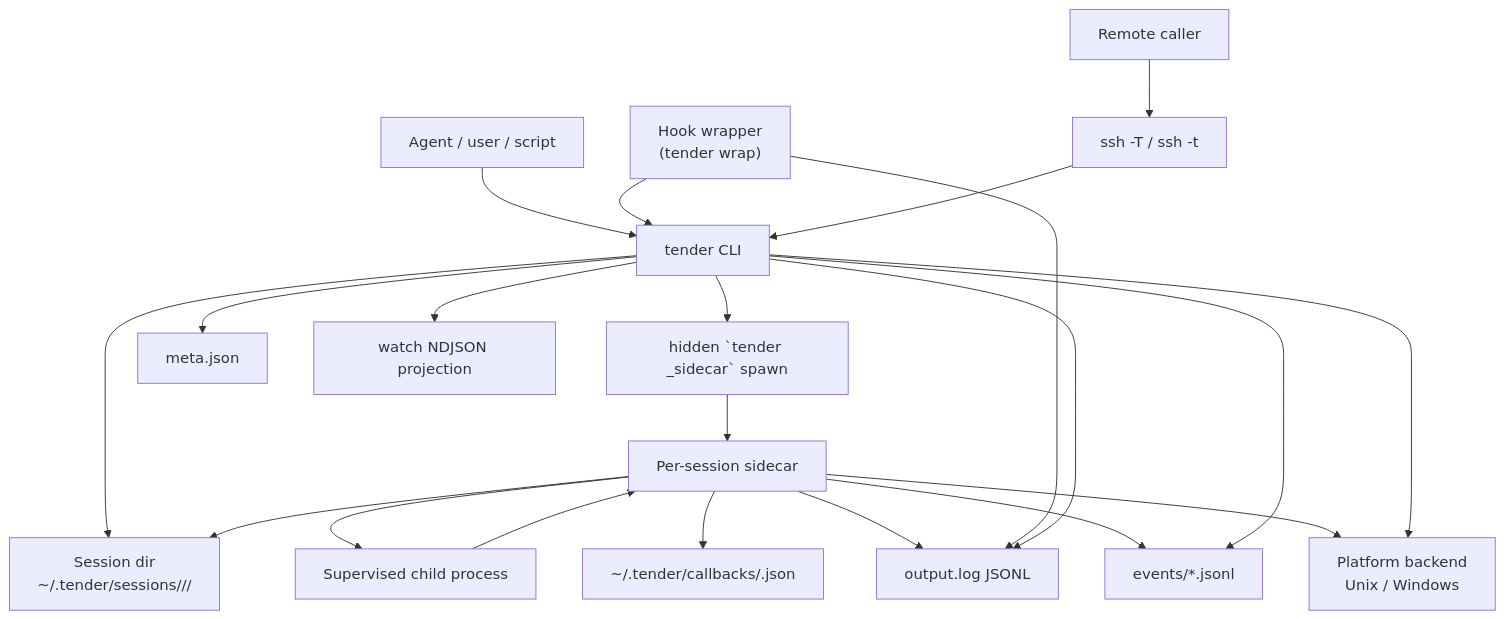
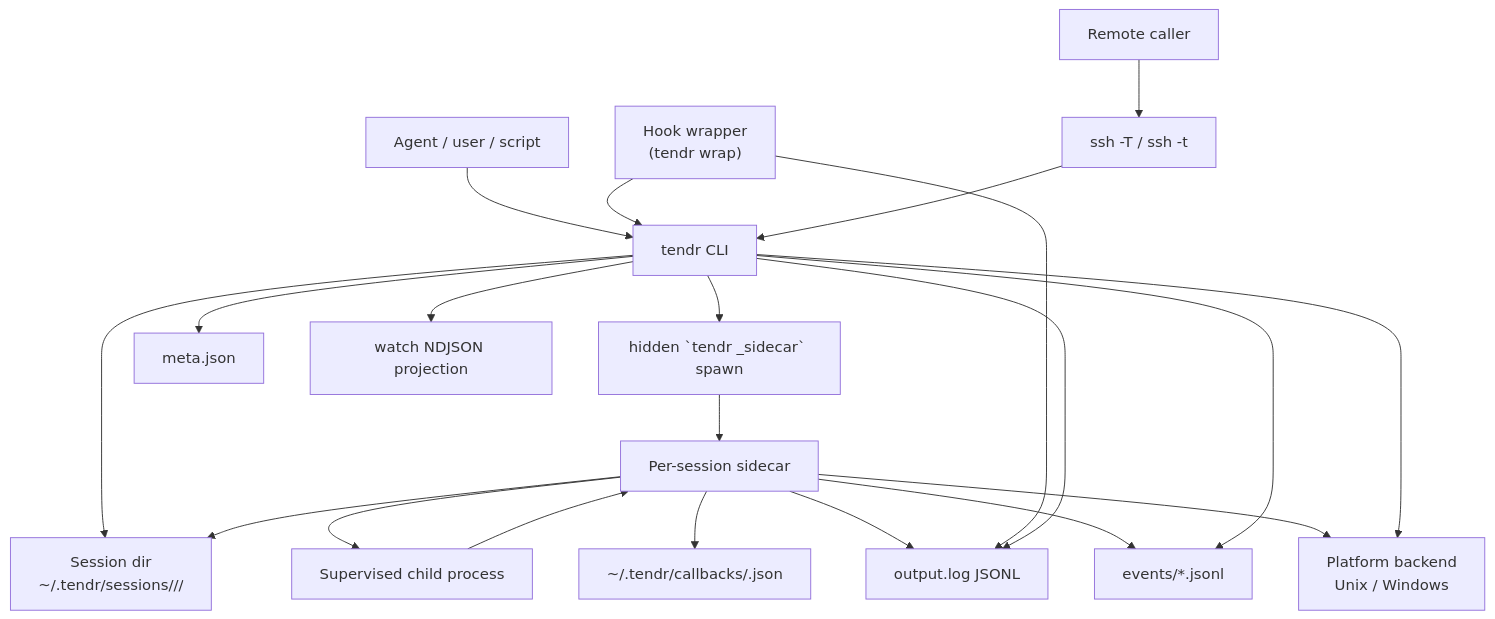
The diagram in docs/architecture/01-system-context.md (grumpydevorg/agenttender), drawn with Mermaid before and after one commit. The commit also changed other lines of this file and 126 other files, not shown here.

First line of the commit message:
refactor!: rename tender to tendr

````diff
--- a/docs/architecture/01-system-context.md
+++ b/docs/architecture/01-system-context.md
@@ -8,28 +8,28 @@
 ```mermaid
 flowchart TD
-    Agent["Agent / user / script"] --> CLI["tender CLI"]
-    Hook["Hook wrapper\n(tender wrap)"] --> CLI
+    Agent["Agent / user / script"] --> CLI["tendr CLI"]
+    Hook["Hook wrapper\n(tendr wrap)"] --> CLI
     Remote["Remote caller"] --> SSH["ssh -T / ssh -t"]
     SSH --> CLI
 
-    CLI --> SessionDir["Session dir\n~/.tender/sessions/<ns>/<session>/"]
-    CLI --> SidecarCmd["hidden `tender _sidecar` spawn"]
+    CLI --> SessionDir["Session dir\n~/.tendr/sessions/<ns>/<session>/"]
+    CLI --> SidecarCmd["hidden `tendr _sidecar` spawn"]
     SidecarCmd --> Sidecar["Per-session sidecar"]
 
     Sidecar --> Child["Supervised child process"]
     Sidecar --> SessionDir
-    Sidecar --> Callbacks["~/.tender/callbacks/<run_id>.json"]
+    Sidecar --> Callbacks["~/.tendr/callbacks/<run_id>.json"]
 
     Child --> Sidecar
     Sidecar --> Log["output.log JSONL"]
     Sidecar --> Events["events/*.jsonl"]
     Hook --> Log
 
     CLI --> Log
     CLI --> Meta["meta.json"]
     CLI --> Events
     CLI --> Watch["watch NDJSON projection"]
 
     Sidecar --> OS["Platform backend\nUnix / Windows"]
     CLI --> OS
 ```
````
